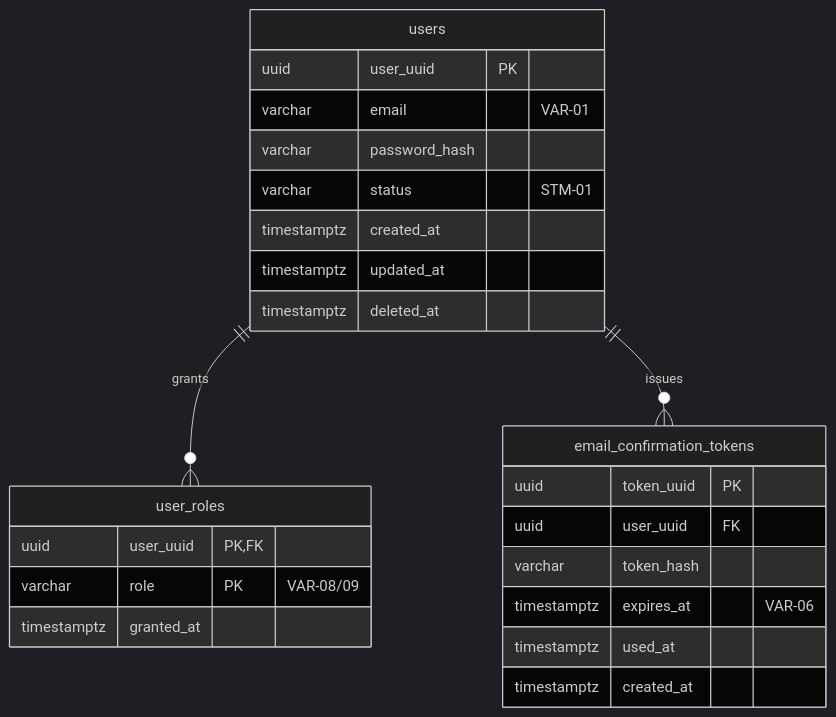
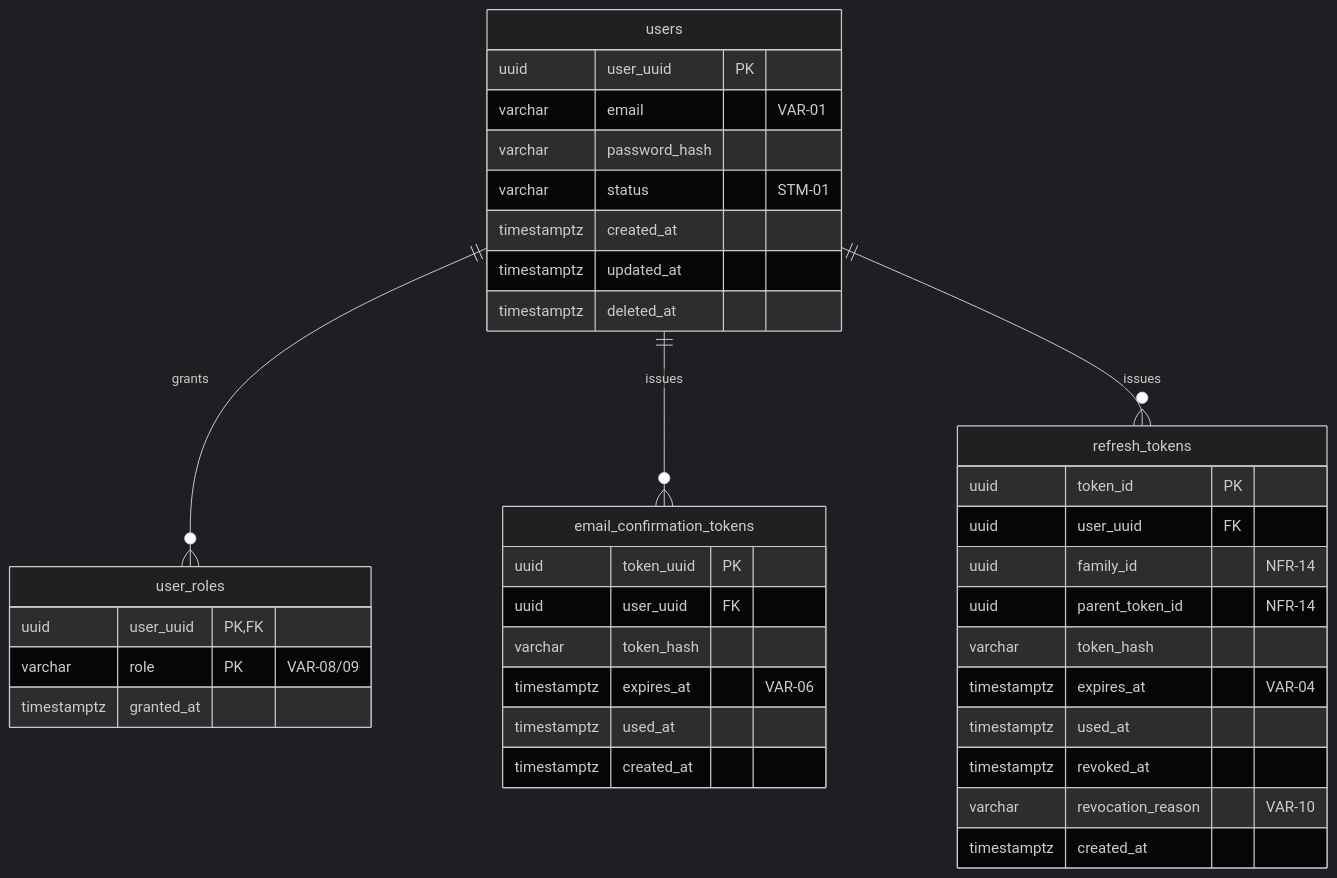
One commit to suunet/POC_HYDRA_AUTH changed the diagram in backend/auth/adapters/db/SCHEMA.md. Above: the diagram before and after it, drawn with Mermaid (dark theme). The commit also changed other lines of this file and 5 other files, not shown here.

Commit message:
feat(T-013): cycle 2 - migration 0003 refresh_tokens・sqlc・SCHEMA.md追従

````diff
--- a/backend/auth/adapters/db/SCHEMA.md
+++ b/backend/auth/adapters/db/SCHEMA.md
@@ -7,28 +7,41 @@
 ```mermaid
 erDiagram
     users ||--o{ user_roles : "grants"
     users ||--o{ email_confirmation_tokens : "issues"
+    users ||--o{ refresh_tokens : "issues"
 
     users {
         uuid user_uuid PK
         varchar email "VAR-01"
         varchar password_hash
         varchar status "STM-01"
         timestamptz created_at
         timestamptz updated_at
         timestamptz deleted_at
     }
     user_roles {
         uuid user_uuid PK,FK
         varchar role PK "VAR-08/09"
         timestamptz granted_at
     }
     email_confirmation_tokens {
         uuid token_uuid PK
         uuid user_uuid FK
         varchar token_hash
         timestamptz expires_at "VAR-06"
         timestamptz used_at
         timestamptz created_at
     }
+    refresh_tokens {
+        uuid token_id PK
+        uuid user_uuid FK
+        uuid family_id "NFR-14"
+        uuid parent_token_id "NFR-14"
+        varchar token_hash
+        timestamptz expires_at "VAR-04"
+        timestamptz used_at
+        timestamptz revoked_at
+        varchar revocation_reason "VAR-10"
+        timestamptz created_at
+    }
 ```
````
